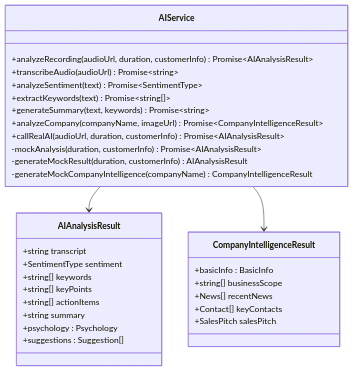
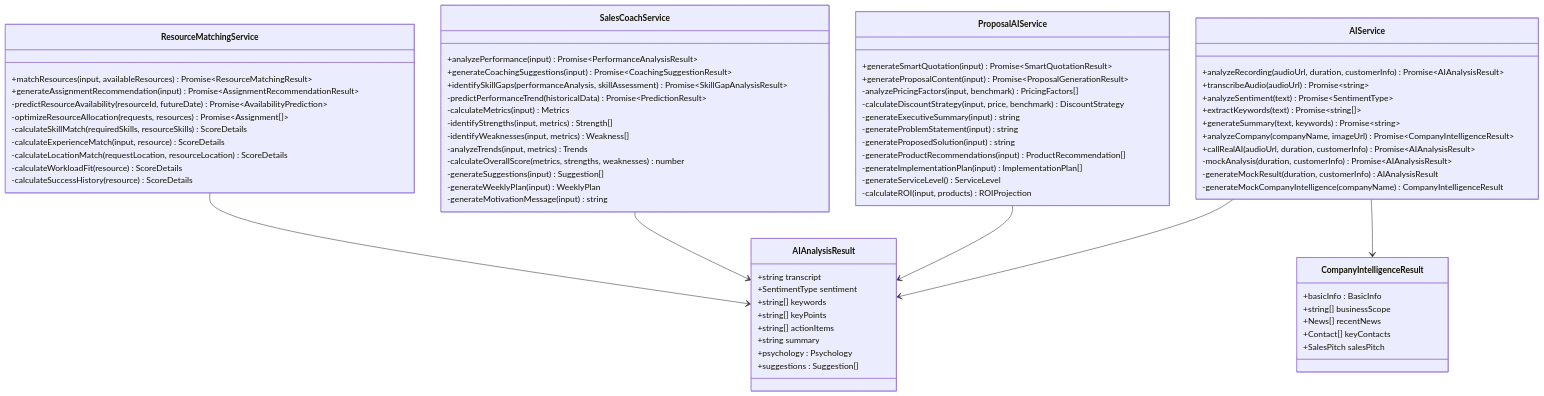
One commit to xianjianshenqu/SalesFlow-CRM changed the second of 11 diagrams in .qoder/repowiki/zh/content/Ai Audio Analysis.md. Above: the diagram before and after it, drawn with Mermaid. The commit also changed other lines of this file and 28 other files, not shown here.

````diff
--- a/.qoder/repowiki/zh/content/Ai Audio Analysis.md
+++ b/.qoder/repowiki/zh/content/Ai Audio Analysis.md
@@ -157,34 +183,75 @@
 ```mermaid
 classDiagram
 class AIService {
 +analyzeRecording(audioUrl, duration, customerInfo) Promise~AIAnalysisResult~
 +transcribeAudio(audioUrl) Promise~string~
 +analyzeSentiment(text) Promise~SentimentType~
 +extractKeywords(text) Promise~string[]~
 +generateSummary(text, keywords) Promise~string~
 +analyzeCompany(companyName, imageUrl) Promise~CompanyIntelligenceResult~
 +callRealAI(audioUrl, duration, customerInfo) Promise~AIAnalysisResult~
 -mockAnalysis(duration, customerInfo) Promise~AIAnalysisResult~
 -generateMockResult(duration, customerInfo) AIAnalysisResult
 -generateMockCompanyIntelligence(companyName) CompanyIntelligenceResult
 }
 class AIAnalysisResult {
 +string transcript
 +SentimentType sentiment
 +string[] keywords
 +string[] keyPoints
 +string[] actionItems
 +string summary
 +psychology : Psychology
 +suggestions : Suggestion[]
 }
 class CompanyIntelligenceResult {
 +basicInfo : BasicInfo
 +string[] businessScope
 +News[] recentNews
 +Contact[] keyContacts
 +SalesPitch salesPitch
 }
+class ProposalAIService {
++generateSmartQuotation(input) Promise~SmartQuotationResult~
++generateProposalContent(input) Promise~ProposalGenerationResult~
+-analyzePricingFactors(input, benchmark) PricingFactors[]
+-calculateDiscountStrategy(input, price, benchmark) DiscountStrategy
+-generateExecutiveSummary(input) string
+-generateProblemStatement(input) string
+-generateProposedSolution(input) string
+-generateProductRecommendations(input) ProductRecommendation[]
+-generateImplementationPlan(input) ImplementationPlan[]
+-generateServiceLevel() ServiceLevel
+-calculateROI(input, products) ROIProjection
+}
+class SalesCoachService {
++analyzePerformance(input) Promise~PerformanceAnalysisResult~
++generateCoachingSuggestions(input) Promise~CoachingSuggestionResult~
++identifySkillGaps(performanceAnalysis, skillAssessment) Promise~SkillGapAnalysisResult~
+-predictPerformanceTrend(historicalData) Promise~PredictionResult~
+-calculateMetrics(input) Metrics
+-identifyStrengths(input, metrics) Strength[]
+-identifyWeaknesses(input, metrics) Weakness[]
+-analyzeTrends(input, metrics) Trends
+-calculateOverallScore(metrics, strengths, weaknesses) number
+-generateSuggestions(input) Suggestion[]
+-generateWeeklyPlan(input) WeeklyPlan
+-generateMotivationMessage(input) string
+}
+class ResourceMatchingService {
++matchResources(input, availableResources) Promise~ResourceMatchingResult~
++generateAssignmentRecommendation(input) Promise~AssignmentRecommendationResult~
+-predictResourceAvailability(resourceId, futureDate) Promise~AvailabilityPrediction~
+-optimizeResourceAllocation(requests, resources) Promise~Assignment[]~
+-calculateSkillMatch(requiredSkills, resourceSkills) ScoreDetails
+-calculateExperienceMatch(input, resource) ScoreDetails
+-calculateLocationMatch(requestLocation, resourceLocation) ScoreDetails
+-calculateWorkloadFit(resource) ScoreDetails
+-calculateSuccessHistory(resource) ScoreDetails
+}
 AIService --> AIAnalysisResult
 AIService --> CompanyIntelligenceResult
+ProposalAIService --> AIAnalysisResult
+SalesCoachService --> AIAnalysisResult
+ResourceMatchingService --> AIAnalysisResult
 ```
````
